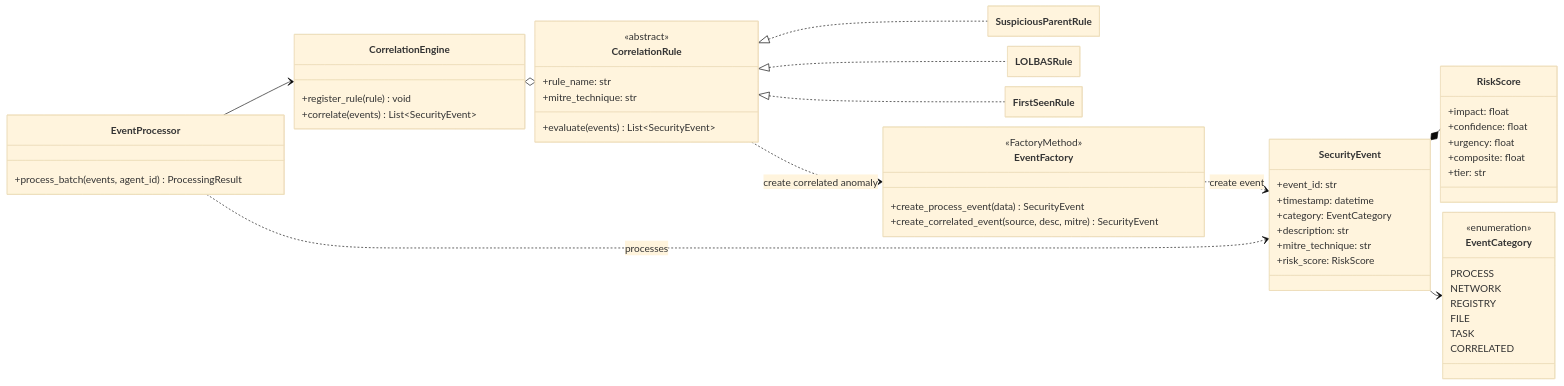
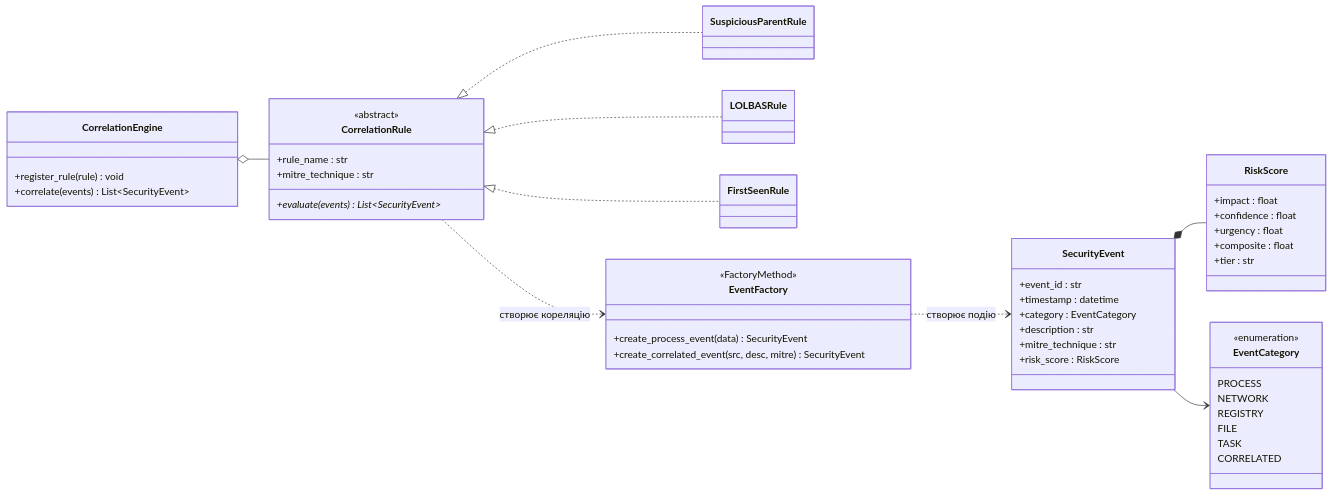
The first of 4 diagrams in uml4.md (kupetsovkn24-lgtm/HIDS), drawn with Mermaid before and after one commit. The commit also changed other lines of this file, not shown here.

Commit message:
Update UML diagrams and section titles

````diff
--- a/uml4.md
+++ b/uml4.md
@@ -5,71 +7,63 @@
 ```mermaid
-%%{init: {"theme":"base","flowchart":{"nodeSpacing":16,"rankSpacing":16},"class":{"hideEmptyMembersBox":true}}}%%
 classDiagram
 direction LR
 
 class SecurityEvent {
-  +event_id: str
-  +timestamp: datetime
-  +category: EventCategory
-  +description: str
-  +mitre_technique: str
-  +risk_score: RiskScore
+  +event_id : str
+  +timestamp : datetime
+  +category : EventCategory
+  +description : str
+  +mitre_technique : str
+  +risk_score : RiskScore
 }
 
 class RiskScore {
-  +impact: float
-  +confidence: float
-  +urgency: float
-  +composite: float
-  +tier: str
+  +impact : float
+  +confidence : float
+  +urgency : float
+  +composite : float
+  +tier : str
 }
 
 class EventCategory {
   <<enumeration>>
   PROCESS
   NETWORK
   REGISTRY
   FILE
   TASK
   CORRELATED
 }
 
 class CorrelationEngine {
   +register_rule(rule) void
   +correlate(events) List~SecurityEvent~
 }
 
 class CorrelationRule {
   <<abstract>>
-  +evaluate(events) List~SecurityEvent~
-  +rule_name: str
-  +mitre_technique: str
+  +evaluate(events)* List~SecurityEvent~
+  +rule_name : str
+  +mitre_technique : str
 }
 
 class SuspiciousParentRule
 class LOLBASRule
 class FirstSeenRule
 
 class EventFactory {
   <<FactoryMethod>>
   +create_process_event(data) SecurityEvent
-  +create_correlated_event(source, desc, mitre) SecurityEvent
-}
-
-class EventProcessor {
-  +process_batch(events, agent_id) ProcessingResult
+  +create_correlated_event(src, desc, mitre) SecurityEvent
 }
 
 SecurityEvent *-- RiskScore
 SecurityEvent --> EventCategory
 
 CorrelationRule <|.. SuspiciousParentRule
 CorrelationRule <|.. LOLBASRule
 CorrelationRule <|.. FirstSeenRule
 CorrelationEngine o-- CorrelationRule
-CorrelationRule ..> EventFactory : create correlated anomaly
-EventFactory ..> SecurityEvent : create event
-
-EventProcessor --> CorrelationEngine
-EventProcessor ..> SecurityEvent : processes
+CorrelationRule ..> EventFactory : створює кореляцію
+EventFactory ..> SecurityEvent : створює подію
 ```
````
